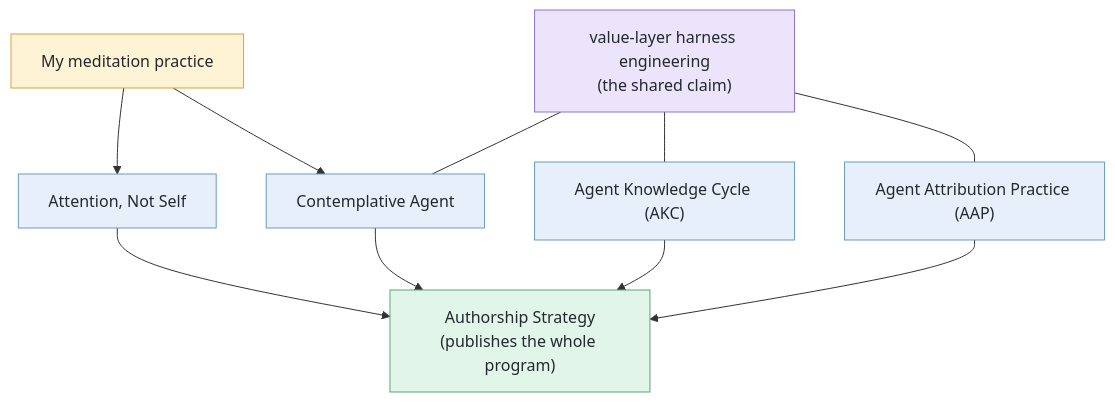
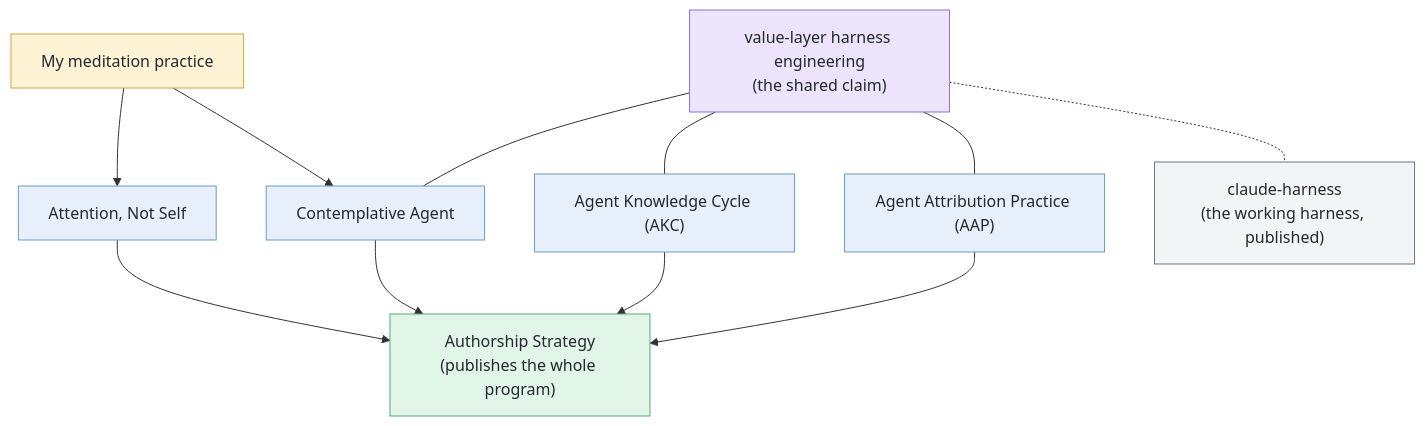
The diagram in README.md (shimo4228/shimo4228), drawn with Mermaid before and after one commit. The commit also changed other lines of this file and 2 other files, not shown here.

First line of the commit message:
docs(readme): raise claude-harness prominence as the living instance of value-layer harness engineering

````diff
--- a/README.md
+++ b/README.md
@@ -37,17 +39,20 @@
 ```mermaid
 graph TD
     M["My meditation practice"] --> ANS["Attention, Not Self"]
     M --> CA["Contemplative Agent"]
     V["value-layer harness engineering<br>(the shared claim)"] --- CA
     V --- AKC["Agent Knowledge Cycle (AKC)"]
     V --- AAP["Agent Attribution Practice (AAP)"]
     ANS & CA & AKC & AAP --> AS["Authorship Strategy<br>(publishes the whole program)"]
+    V -.- CH["claude-harness<br>(the working harness, published)"]
     classDef source fill:#FFF3D6,stroke:#D9A33C,color:#24292F
     classDef claim fill:#EBE4FA,stroke:#8B72D6,color:#24292F
     classDef lineNode fill:#E7F0FA,stroke:#6A9BC3,color:#24292F
     classDef sink fill:#E2F5E9,stroke:#57A874,color:#24292F
+    classDef artifact fill:#F3F4F6,stroke:#6E7781,color:#24292F
     class M source
     class V claim
     class ANS,CA,AKC,AAP lineNode
     class AS sink
+    class CH artifact
 ```
````
